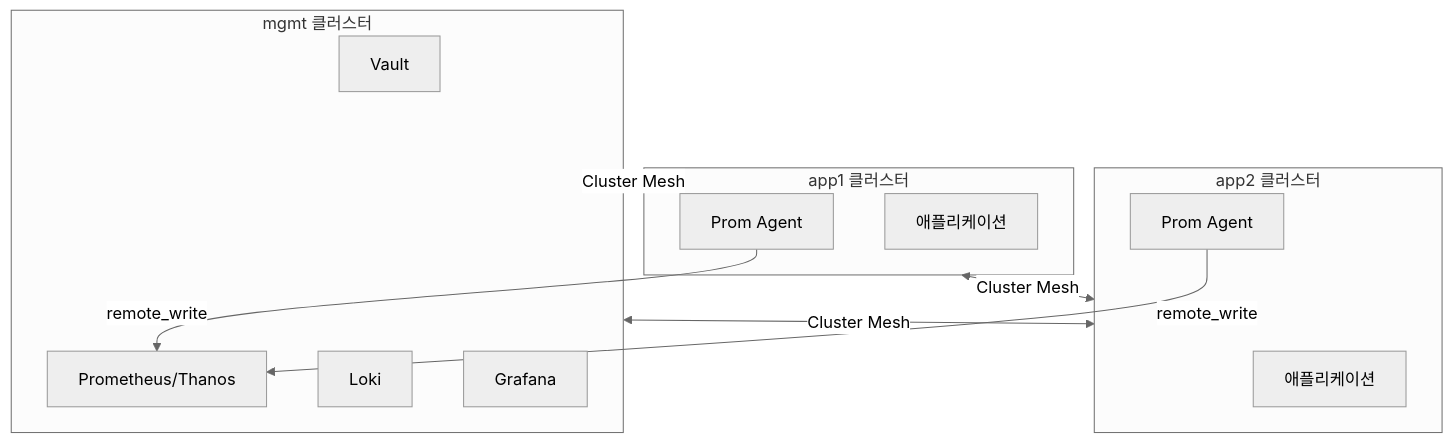
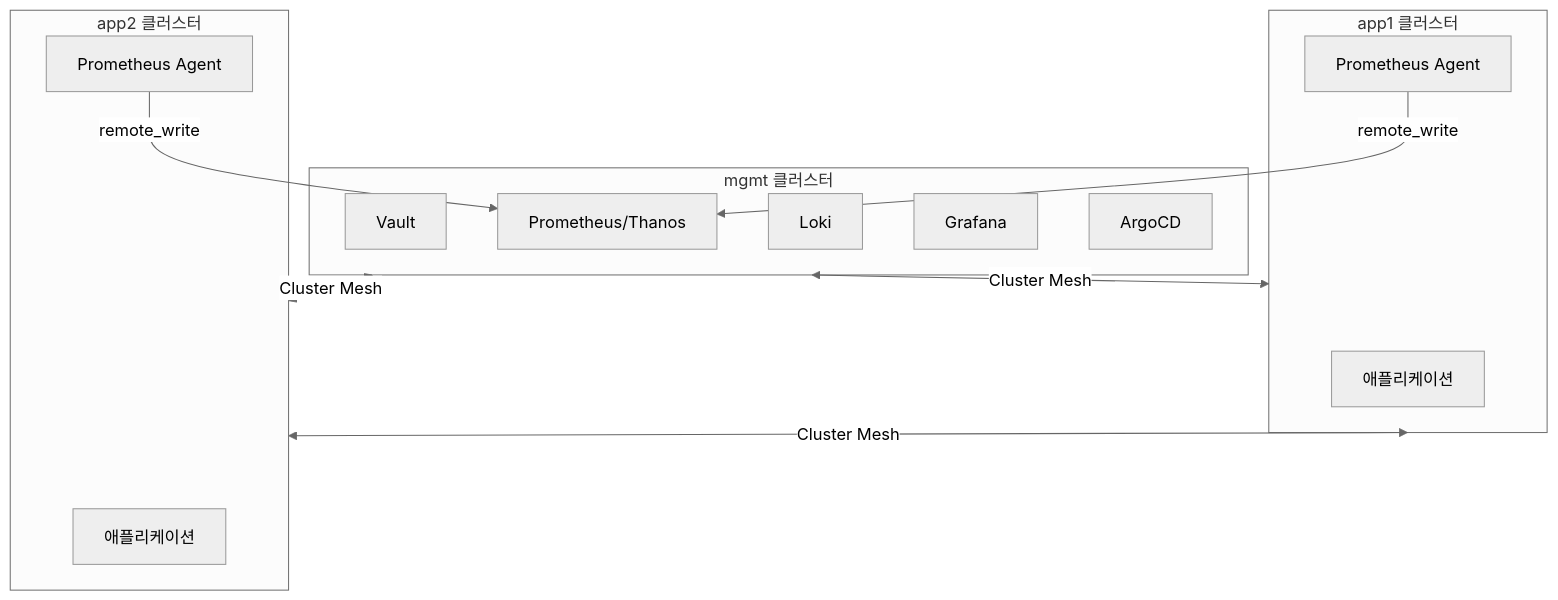
The first of 3 diagrams in document/on-premise/BLOG-MULTICLUSTER-ARCHITECTURE.md (bocopile/mac-k8s-multipass-terraform), drawn with Mermaid (neutral theme) before and after one commit. The commit also changed other lines of this file and 1 other file, not shown here.

````diff
--- a/document/on-premise/BLOG-MULTICLUSTER-ARCHITECTURE.md
+++ b/document/on-premise/BLOG-MULTICLUSTER-ARCHITECTURE.md
@@ -41,25 +41,26 @@
 ```mermaid
 flowchart TB
     subgraph mgmt["mgmt 클러스터"]
         Vault["Vault"]
         Prom["Prometheus/Thanos"]
         Loki["Loki"]
         Grafana["Grafana"]
+        ArgoCD["ArgoCD"]
     end
 
     subgraph app1["app1 클러스터"]
         App1["애플리케이션"]
-        Agent1["Prom Agent"]
+        Agent1["Prometheus Agent"]
     end
 
     subgraph app2["app2 클러스터"]
         App2["애플리케이션"]
-        Agent2["Prom Agent"]
+        Agent2["Prometheus Agent"]
     end
 
     Agent1 -->|"remote_write"| Prom
     Agent2 -->|"remote_write"| Prom
     mgmt <-->|"Cluster Mesh"| app1
     mgmt <-->|"Cluster Mesh"| app2
     app1 <-->|"Cluster Mesh"| app2
 ```
````
